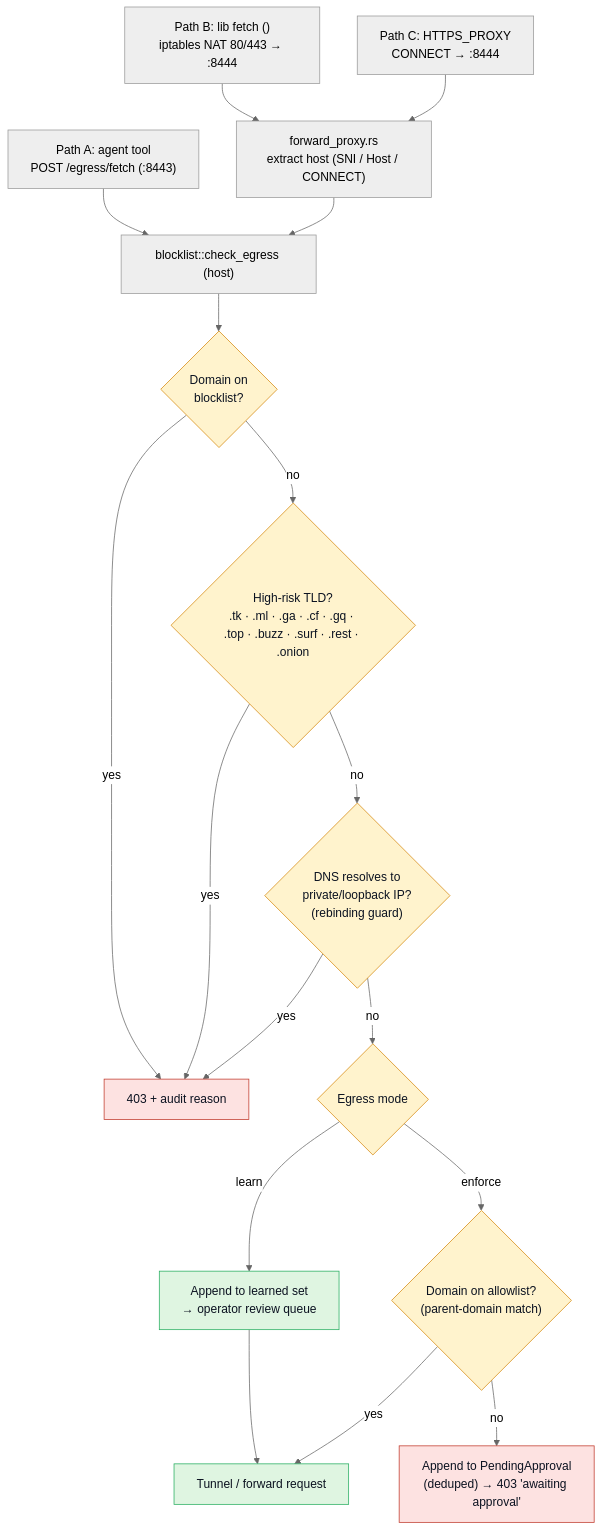
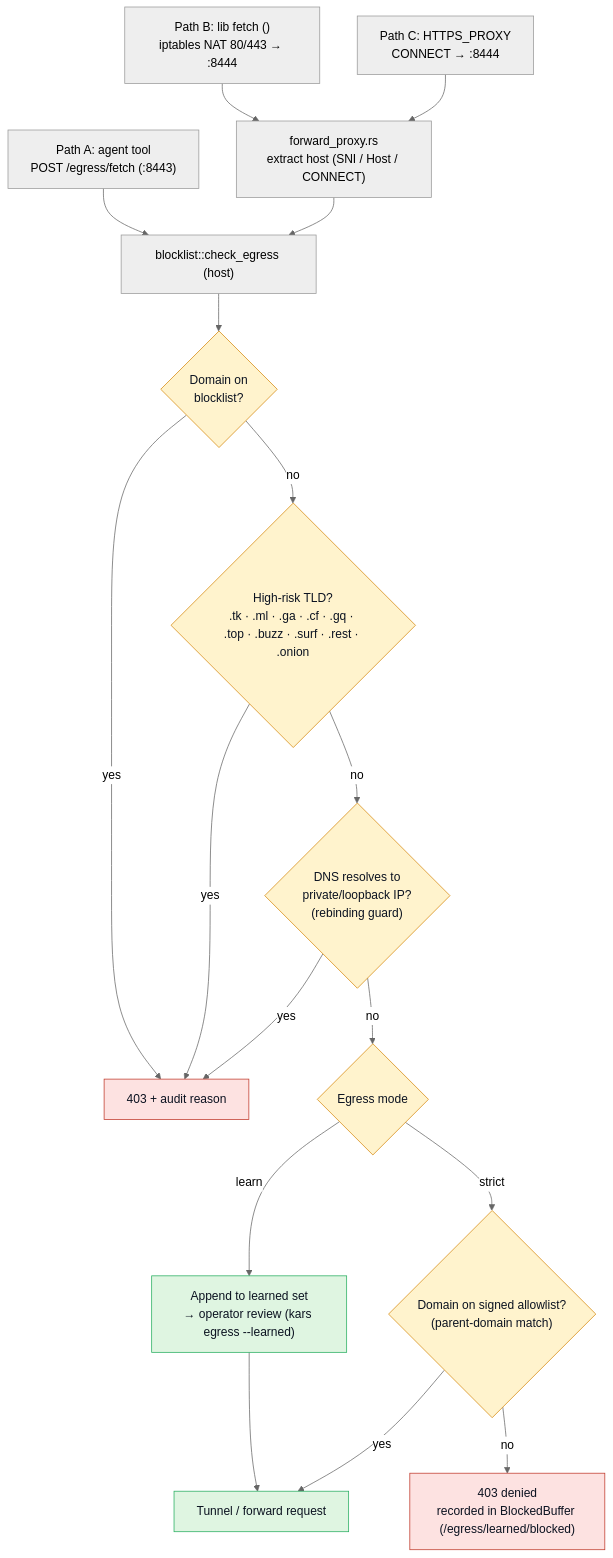
Before and after one commit to Azure/kars: the first of 2 diagrams in docs/egress-proxy.md, drawn with Mermaid (neutral theme). The commit also changed other lines of this file and 10 other files, not shown here.

First line of the commit message:
fix(egress): repair learn/enforce flow — operator toggle + CLI approve/deny/enforce (#480)

````diff
--- a/docs/egress-proxy.md
+++ b/docs/egress-proxy.md
@@ -134,27 +134,27 @@
 ```mermaid
 flowchart TD
   A_TOOL["Path A: agent tool<br/>POST /egress/fetch (:8443)"] --> CHECK
   B_NAT["Path B: lib fetch ()<br/>iptables NAT 80/443 → :8444"] --> FP
   C_PROXY["Path C: HTTPS_PROXY<br/>CONNECT → :8444"] --> FP
   FP["forward_proxy.rs<br/>extract host (SNI / Host / CONNECT)"] --> CHECK
 
   CHECK["blocklist::check_egress (host)"] --> BL{"Domain on<br/>blocklist?"}
   BL -->|yes| DENY["403 + audit reason"]
   BL -->|no| TLD{"High-risk TLD?<br/>.tk · .ml · .ga · .cf · .gq · .top · .buzz · .surf · .rest · .onion"}
   TLD -->|yes| DENY
   TLD -->|no| PRIV{"DNS resolves to<br/>private/loopback IP?<br/>(rebinding guard)"}
   PRIV -->|yes| DENY
   PRIV -->|no| MODE{"Egress mode"}
-  MODE -->|learn| LOG["Append to learned set<br/>→ operator review queue"]
+  MODE -->|learn| LOG["Append to learned set<br/>→ operator review (kars egress --learned)"]
   LOG --> ALLOW
-  MODE -->|enforce| AL{"Domain on allowlist?<br/>(parent-domain match)"}
+  MODE -->|strict| AL{"Domain on signed allowlist?<br/>(parent-domain match)"}
   AL -->|yes| ALLOW["Tunnel / forward request"]
-  AL -->|no| PEND["Append to PendingApproval<br/>(deduped) → 403 'awaiting approval'"]
+  AL -->|no| PEND["403 denied<br/>recorded in BlockedBuffer (/egress/learned/blocked)"]
 
   classDef bad fill:#fde2e1,stroke:#c0392b,color:#0b1220
   classDef good fill:#dff5e1,stroke:#27ae60,color:#0b1220
   classDef wait fill:#fff3cd,stroke:#d68910,color:#0b1220
   class DENY,PEND bad
   class ALLOW,LOG good
   class MODE,BL,TLD,PRIV,AL wait
 ```
````
